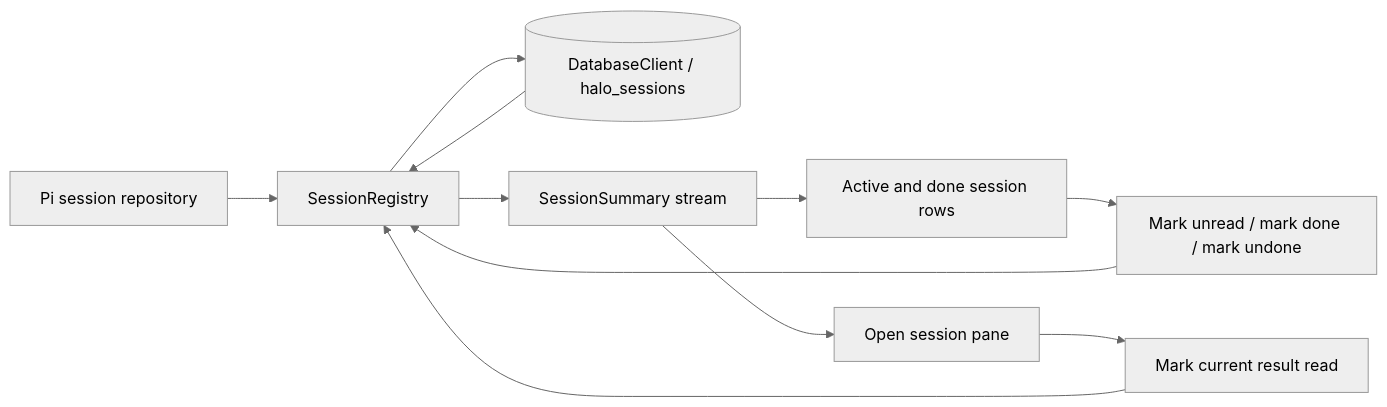
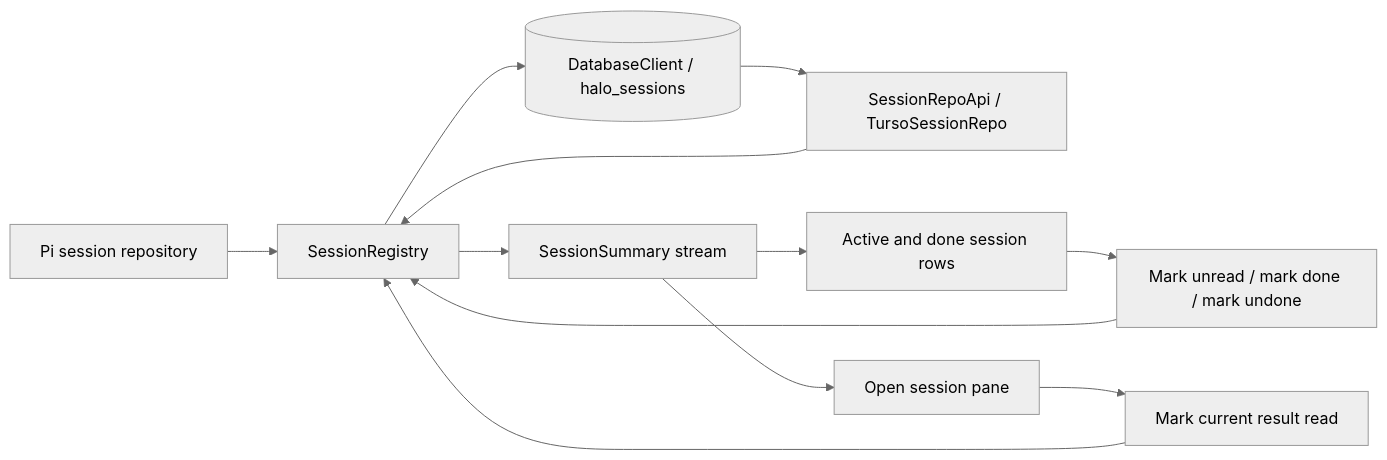
Before and after one commit to cashew-labs/halo: the first of 2 diagrams in specs/thread-archive-unread-status.md, drawn with Mermaid (neutral theme). The commit also changed other lines of this file and 8 other files, not shown here.

````diff
--- a/specs/thread-archive-unread-status.md
+++ b/specs/thread-archive-unread-status.md
@@ -5,13 +5,14 @@
 ```mermaid
 flowchart LR
     Pi[Pi session repository] --> Registry[SessionRegistry]
-    Database[(DatabaseClient / halo_sessions)] --> Registry
+    Database[(DatabaseClient / halo_sessions)] --> Repo[SessionRepoApi / TursoSessionRepo]
+    Repo --> Registry
     Registry --> Summary[SessionSummary stream]
     Summary --> Sidebar[Active and done session rows]
     Summary --> Pane[Open session pane]
     Pane --> Read[Mark current result read]
     Sidebar --> Commands[Mark unread / mark done / mark undone]
     Read --> Registry
     Commands --> Registry
     Registry --> Database
 ```
````
